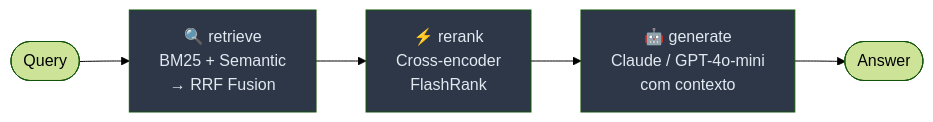
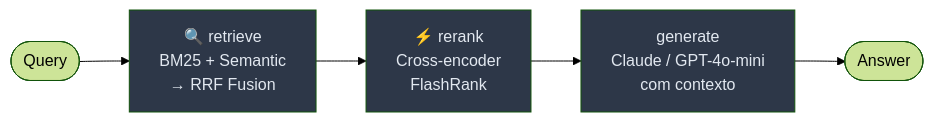
Before and after one commit to RenanMiqueloti/rag-chatbot: the diagram in README.md, drawn with Mermaid (forest theme).

Commit message:
docs: remove emoji do nó generate no diagrama

````diff
--- a/README.md
+++ b/README.md
@@ -15,11 +15,11 @@
 ```mermaid
 graph LR
     A([Query]) --> B
     B["🔍 retrieve\nBM25 + Semantic\n→ RRF Fusion"] --> C
     C["⚡ rerank\nCross-encoder\nFlashRank"] --> D
-    D["🤖 generate\nClaude / GPT-4o-mini\ncom contexto"] --> E([Answer])
+    D["generate\nClaude / GPT-4o-mini\ncom contexto"] --> E([Answer])
 
     style B fill:#2d3748,color:#e2e8f0
     style C fill:#2d3748,color:#e2e8f0
     style D fill:#2d3748,color:#e2e8f0
 ```
````
